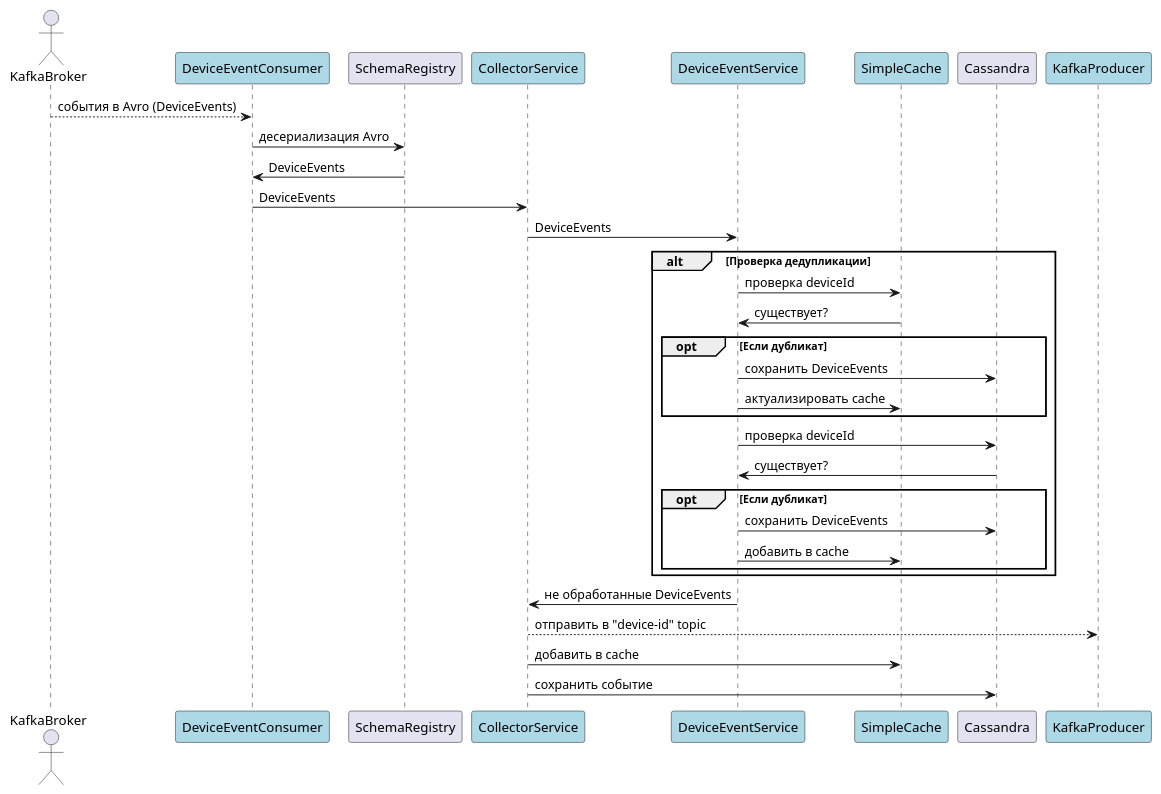
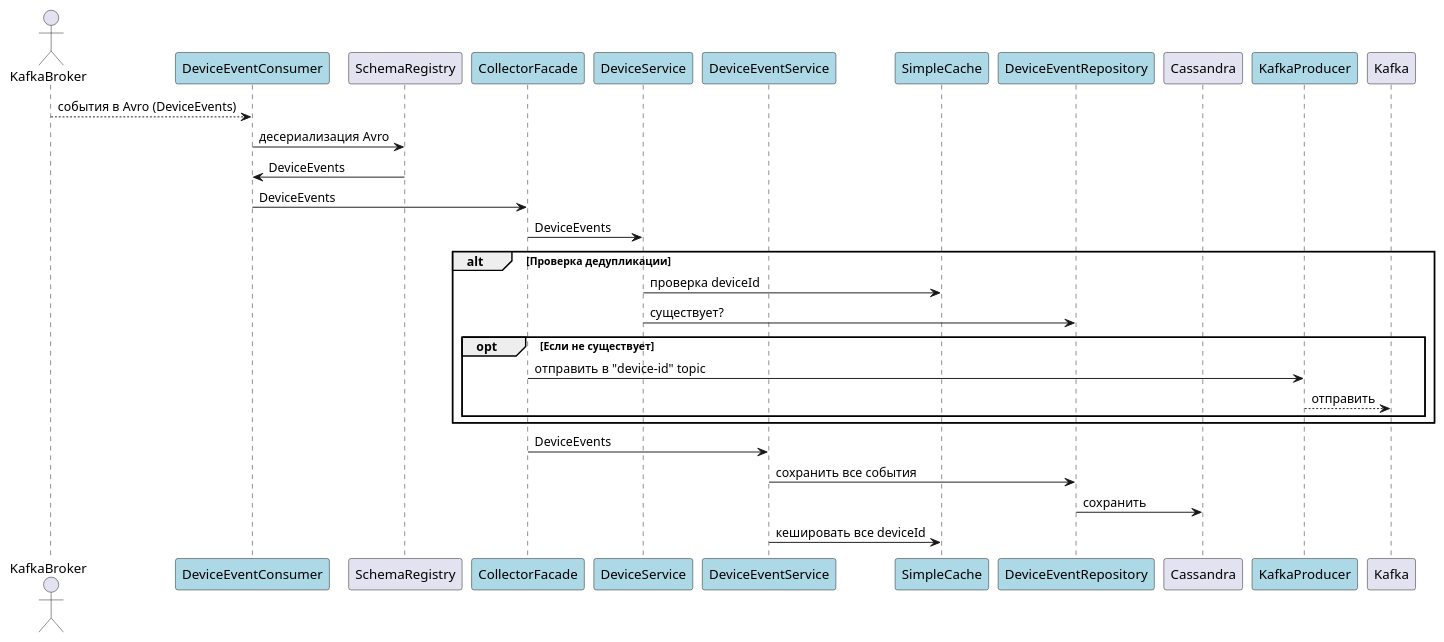
Before and after one commit to ApenDover/ourcode-iot-platform: the diagram in diagrams/event-collector/event-collector-sequence.puml, drawn with PlantUML. The commit also changed 23 other files, not shown here.

```diff
--- a/diagrams/event-collector/event-collector-sequence.puml
+++ b/diagrams/event-collector/event-collector-sequence.puml
@@ -1,36 +1,34 @@
 @startuml
 actor KafkaBroker
 participant "DeviceEventConsumer" as DEC  #lightblue
 participant "SchemaRegistry" as AVRO
-participant "CollectorService" as ECS  #lightblue
+participant "CollectorFacade" as KF  #lightblue
+participant "DeviceService" as DS  #lightblue
 participant "DeviceEventService" as DES  #lightblue
 participant "SimpleCache" as CACHE #lightblue
+participant "DeviceEventRepository" as REPO  #lightblue
 participant "Cassandra" as DB
 participant "KafkaProducer" as KP  #lightblue
+participant "Kafka" as KAFKA
 
 KafkaBroker --> DEC : события в Avro (DeviceEvents)
 DEC -> AVRO : десериализация Avro
 AVRO -> DEC : DeviceEvents
-DEC -> ECS : DeviceEvents
-ECS -> DES : DeviceEvents
+DEC -> KF : DeviceEvents
+KF -> DS : DeviceEvents
 
 alt Проверка дедупликации
-    DES -> CACHE : проверка deviceId
-    CACHE -> DES : существует?
-    opt Если дубликат
-        DES -> DB : сохранить DeviceEvents
-        DES -> CACHE : актуализировать cache
-    end
-    DES -> DB : проверка deviceId
-    DB -> DES : существует?
-    opt Если дубликат
-            DES -> DB : сохранить DeviceEvents
-            DES -> CACHE : добавить в cache
+    DS -> CACHE : проверка deviceId
+    DS -> REPO : существует?
+    opt Если не существует
+        KF -> KP : отправить в "device-id" topic
+        KP --> KAFKA : отправить
     end
 end
-    DES -> ECS : не обработанные DeviceEvents
-    ECS --> KP : отправить в "device-id" topic
-    ECS -> CACHE : добавить в cache
-    ECS -> DB : сохранить событие
+
+KF -> DES : DeviceEvents
+DES -> REPO : сохранить все события
+REPO -> DB : сохранить
+DES -> CACHE : кешировать все deviceId
 
 @enduml
```
